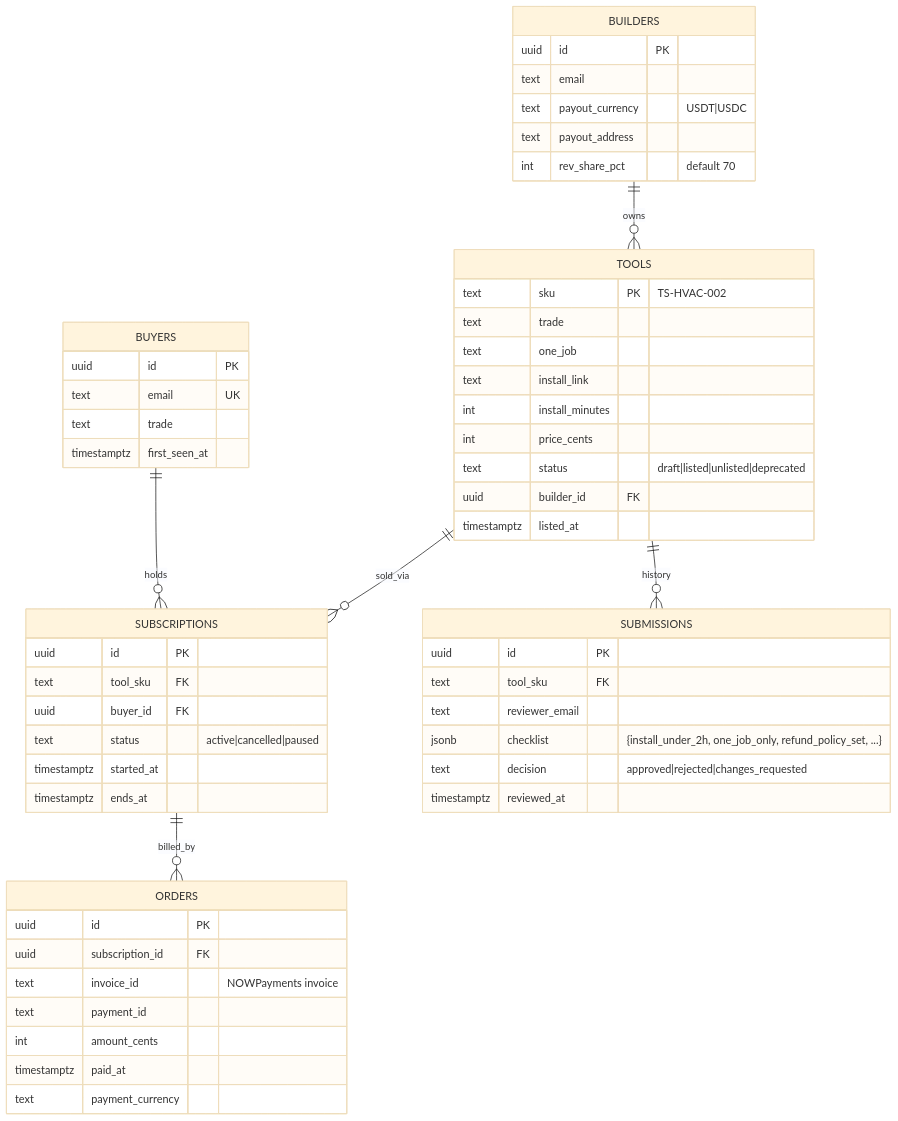
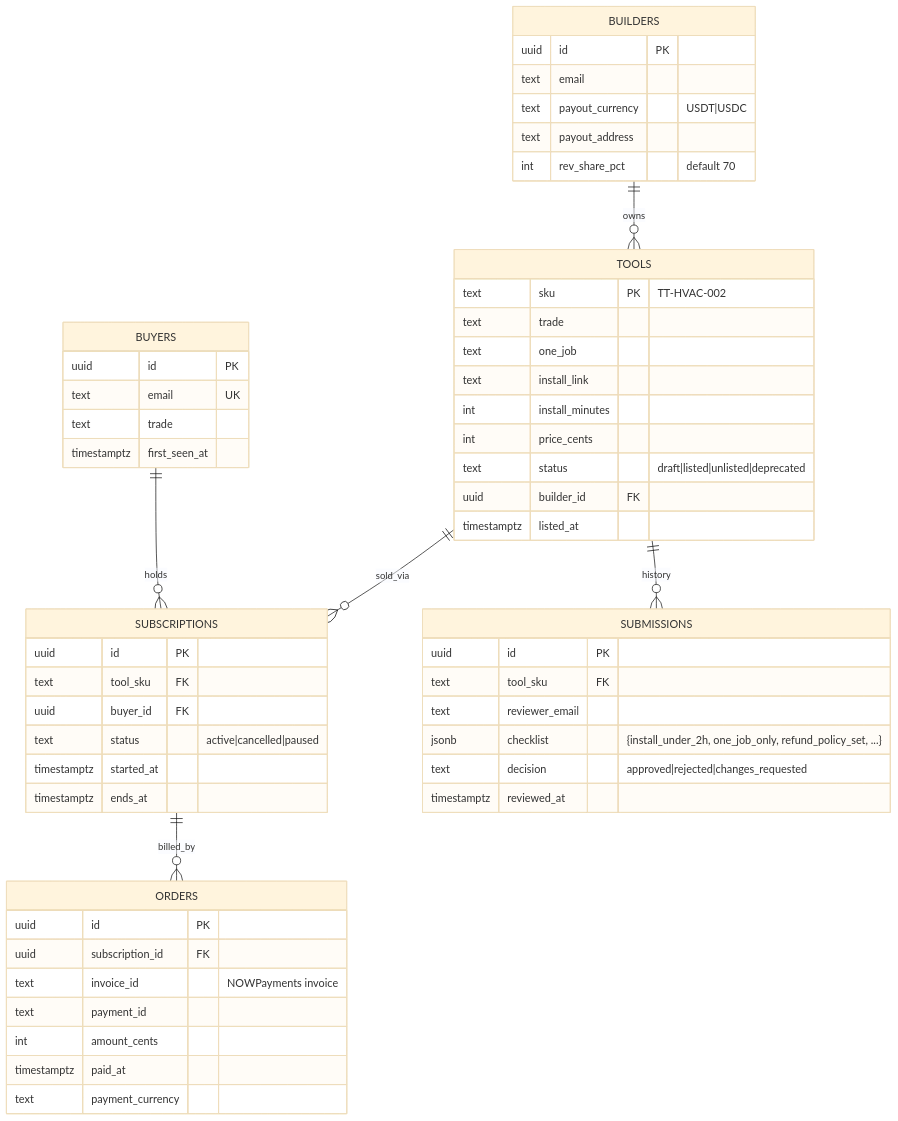
One commit to prin7r-projects/no-code-vertical-tools changed the second of 2 diagrams in docs/12-technical-specification.md. Above: the diagram before and after it, drawn with Mermaid (base theme). The commit also changed other lines of this file and 27 other files, not shown here.

````diff
--- a/docs/12-technical-specification.md
+++ b/docs/12-technical-specification.md
@@ -60,57 +60,57 @@
 ```mermaid
 erDiagram
   TOOLS ||--o{ SUBSCRIPTIONS : sold_via
   BUILDERS ||--o{ TOOLS : owns
   BUYERS ||--o{ SUBSCRIPTIONS : holds
   SUBSCRIPTIONS ||--o{ ORDERS : billed_by
   TOOLS ||--o{ SUBMISSIONS : history
   TOOLS {
-    text sku PK "TS-HVAC-002"
+    text sku PK "TT-HVAC-002"
     text trade
     text one_job
     text install_link
     int install_minutes
     int price_cents
     text status "draft|listed|unlisted|deprecated"
     uuid builder_id FK
     timestamptz listed_at
   }
   BUILDERS {
     uuid id PK
     text email
     text payout_currency "USDT|USDC"
     text payout_address
     int rev_share_pct "default 70"
   }
   BUYERS {
     uuid id PK
     text email UK
     text trade
     timestamptz first_seen_at
   }
   SUBSCRIPTIONS {
     uuid id PK
     text tool_sku FK
     uuid buyer_id FK
     text status "active|cancelled|paused"
     timestamptz started_at
     timestamptz ends_at
   }
   ORDERS {
     uuid id PK
     uuid subscription_id FK
     text invoice_id "NOWPayments invoice"
     text payment_id
     int amount_cents
     timestamptz paid_at
     text payment_currency
   }
   SUBMISSIONS {
     uuid id PK
     text tool_sku FK
     text reviewer_email
     jsonb checklist "{install_under_2h, one_job_only, refund_policy_set, ...}"
     text decision "approved|rejected|changes_requested"
     timestamptz reviewed_at
   }
 ```
````
